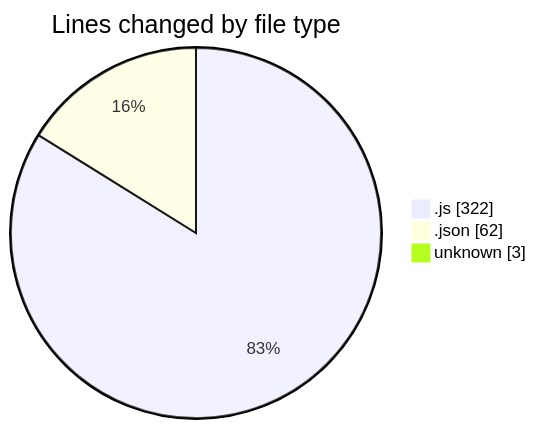
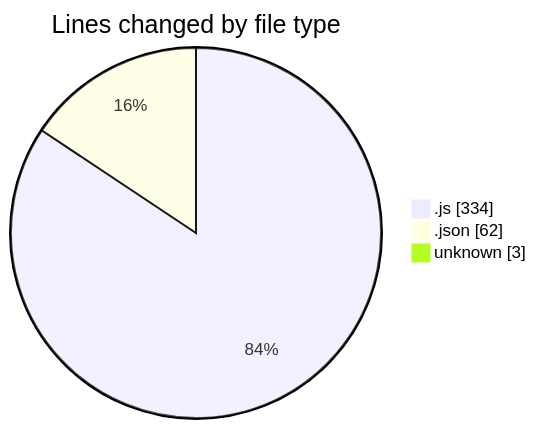
One commit to Ritupan-Deka/code-tracking changed the first of 2 diagrams in 2025-07-02/mern-thinkboard/README.md. Above: the diagram before and after it, drawn with Mermaid. The commit also changed other lines of this file and 1 other file, not shown here.

````diff
--- a/2025-07-02/mern-thinkboard/README.md
+++ b/2025-07-02/mern-thinkboard/README.md
@@ -28,7 +28,7 @@
 ```mermaid
 pie showData
 title Lines changed by file type
-".js" : 322
+".js" : 334
 ".json" : 62
 "unknown" : 3
 ```
````
